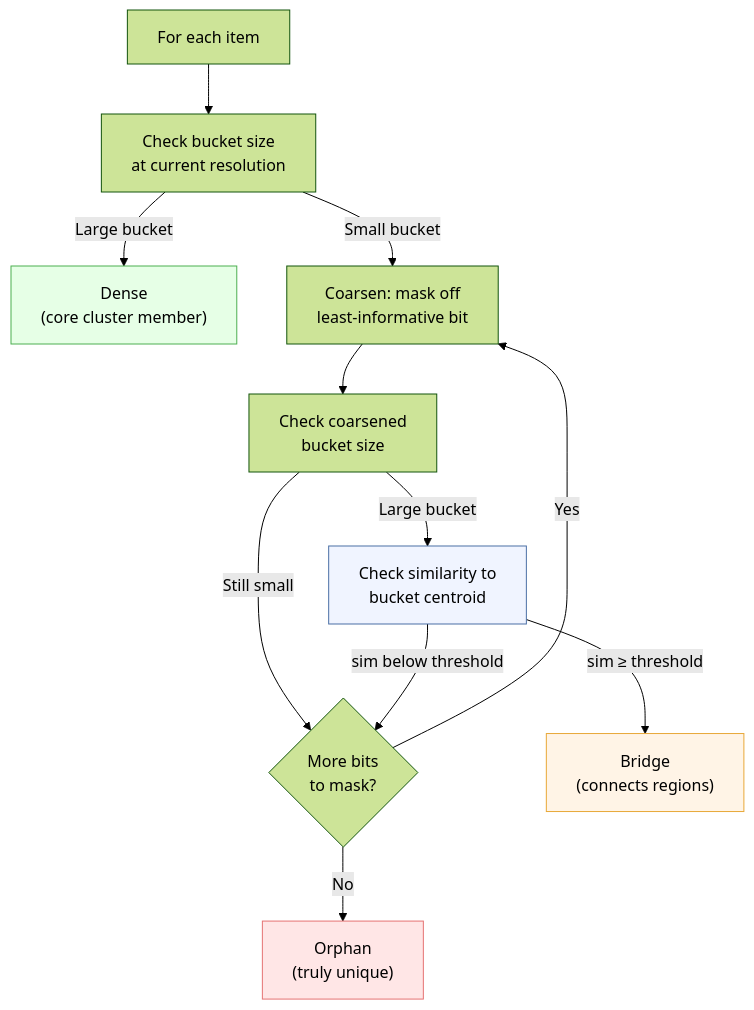
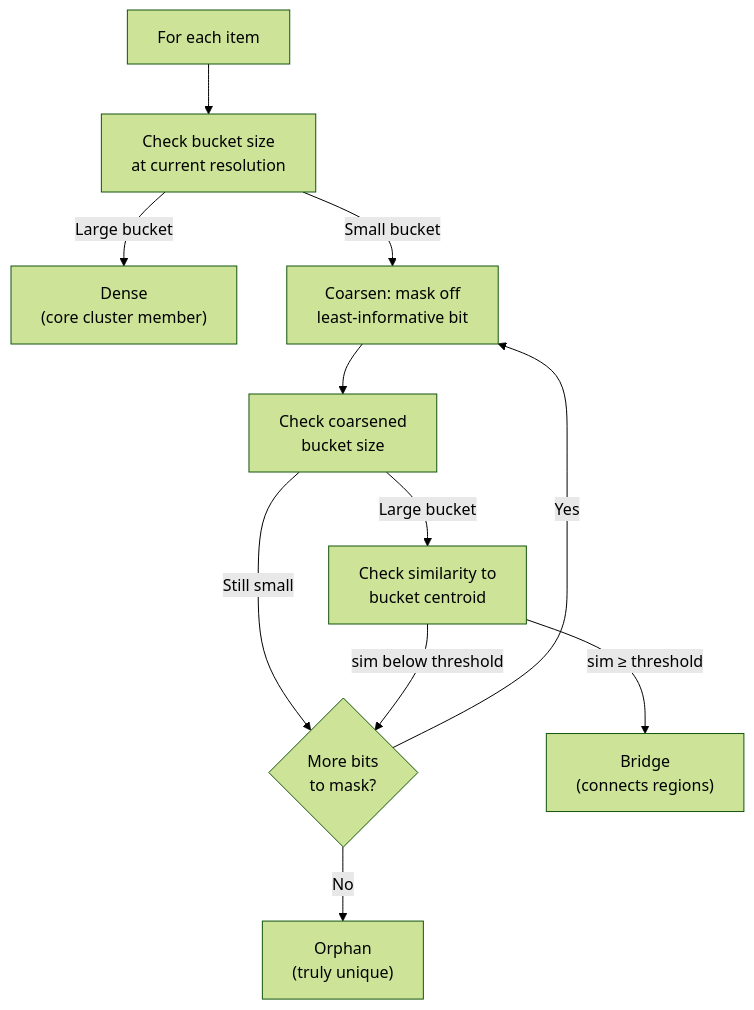
Before and after one commit to jdonaldson/dyf: the second of 2 diagrams in docs/index.qmd, drawn with Mermaid (forest theme). The commit also changed other lines of this file and 1 other file, not shown here.

Commit message:
Fix Mermaid diagram readability in dark mode
Override Quarto's dark theme Mermaid CSS variables which use poor-contrast
colors (#375a7f label text, hardcoded light backgrounds on edge labels).
Also target the .labelBkg and <p> elements inside foreignObject which
Mermaid populates with light backgrounds outside the CSS variable system.

Remove custom fill colors from diagrams — let the theme handle node colors
so they're readable in both light and dark modes.

````diff
--- a/docs/index.qmd
+++ b/docs/index.qmd
@@ -190,18 +186,13 @@
 ```{mermaid}
 flowchart TD
     I["For each item"] --> B["Check bucket size<br/>at current resolution"]
     B -->|"Large bucket"| D["Dense<br/>(core cluster member)"]
     B -->|"Small bucket"| C["Coarsen: mask off<br/>least-informative bit"]
     C --> B2["Check coarsened<br/>bucket size"]
     B2 -->|"Still small"| MORE{"More bits<br/>to mask?"}
     MORE -->|"Yes"| C
     B2 -->|"Large bucket"| SIM["Check similarity to<br/>bucket centroid"]
     SIM -->|"sim ≥ threshold"| BR["Bridge<br/>(connects regions)"]
     SIM -->|"sim below threshold"| MORE
     MORE -->|"No"| O["Orphan<br/>(truly unique)"]
-
-    style D fill:#e6ffe6,stroke:#4caf50
-    style BR fill:#fff4e6,stroke:#e8a838
-    style O fill:#ffe6e6,stroke:#e57373
-    style SIM fill:#f0f4ff,stroke:#4a6fa5
 ```
````
